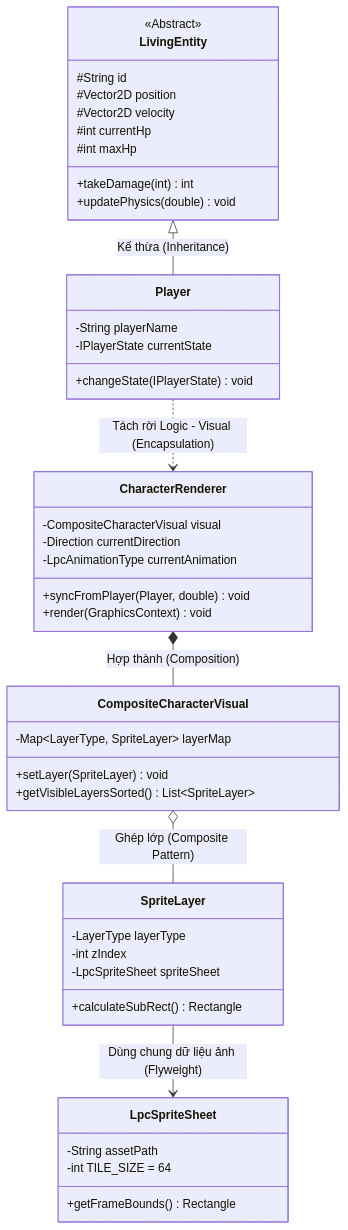
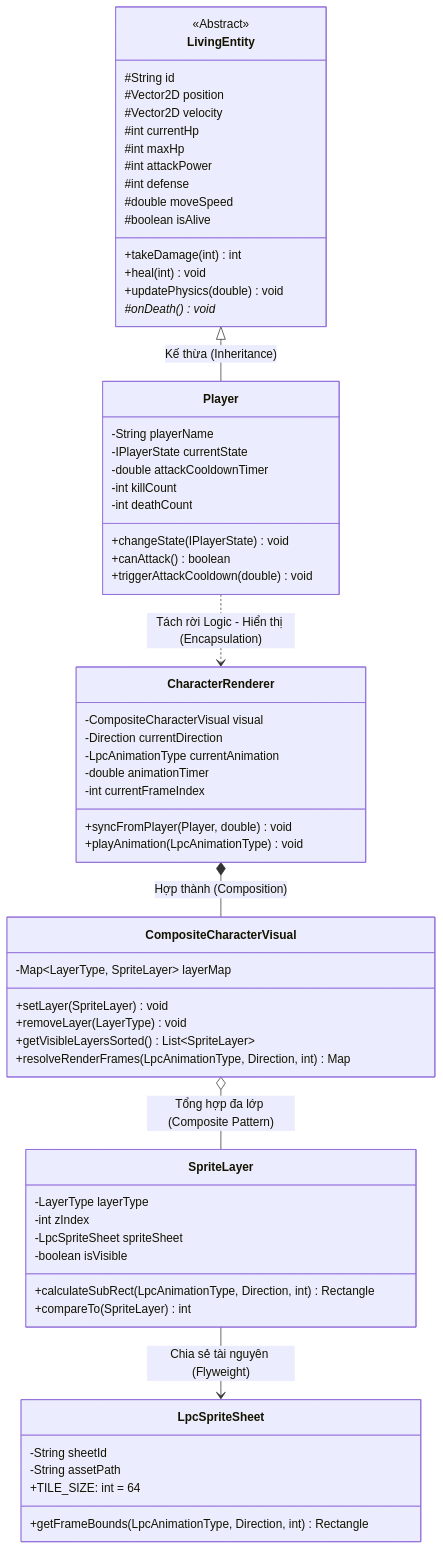
The third of 6 diagrams in Docs_BaoCao/BaoCao_ThietKe_NhanVat_OOP_LPC.md (Tran1209/UML-Patterns-Mastery), drawn with Mermaid before and after one commit. The commit also changed other lines of this file, not shown here.

Commit message:
docs(report): polish OOP LPC character design report, add SOLID/GRASP audit matrix, and remove Q&A section

````diff
--- a/Docs_BaoCao/BaoCao_ThietKe_NhanVat_OOP_LPC.md
+++ b/Docs_BaoCao/BaoCao_ThietKe_NhanVat_OOP_LPC.md
@@ -104,53 +191,71 @@
 ```mermaid
 classDiagram
     direction TB
     class LivingEntity {
         <<Abstract>>
         #String id
         #Vector2D position
         #Vector2D velocity
         #int currentHp
         #int maxHp
+        #int attackPower
+        #int defense
+        #double moveSpeed
+        #boolean isAlive
         +takeDamage(int) int
+        +heal(int) void
         +updatePhysics(double) void
+        #onDeath()* void
     }
 
     class Player {
         -String playerName
         -IPlayerState currentState
+        -double attackCooldownTimer
+        -int killCount
+        -int deathCount
         +changeState(IPlayerState) void
+        +canAttack() boolean
+        +triggerAttackCooldown(double) void
     }
 
     class CharacterRenderer {
         -CompositeCharacterVisual visual
         -Direction currentDirection
         -LpcAnimationType currentAnimation
+        -double animationTimer
+        -int currentFrameIndex
         +syncFromPlayer(Player, double) void
-        +render(GraphicsContext) void
+        +playAnimation(LpcAnimationType) void
     }
 
     class CompositeCharacterVisual {
         -Map~LayerType, SpriteLayer~ layerMap
         +setLayer(SpriteLayer) void
+        +removeLayer(LayerType) void
         +getVisibleLayersSorted() List~SpriteLayer~
+        +resolveRenderFrames(LpcAnimationType, Direction, int) Map
     }
 
     class SpriteLayer {
         -LayerType layerType
         -int zIndex
         -LpcSpriteSheet spriteSheet
-        +calculateSubRect() Rectangle
+        -boolean isVisible
+        +calculateSubRect(LpcAnimationType, Direction, int) Rectangle
+        +compareTo(SpriteLayer) int
     }
 
     class LpcSpriteSheet {
+        -String sheetId
         -String assetPath
-        -int TILE_SIZE = 64
-        +getFrameBounds() Rectangle
+        +TILE_SIZE: int = 64
+        +getFrameBounds(LpcAnimationType, Direction, int) Rectangle
     }
 
     LivingEntity <|-- Player : Kế thừa (Inheritance)
-    Player ..> CharacterRenderer : Tách rời Logic - Visual (Encapsulation)
+    Player ..> CharacterRenderer : Tách rời Logic - Hiển thị (Encapsulation)
     CharacterRenderer *-- CompositeCharacterVisual : Hợp thành (Composition)
-    CompositeCharacterVisual o-- SpriteLayer : Ghép lớp (Composite Pattern)
-    SpriteLayer --> LpcSpriteSheet : Dùng chung dữ liệu ảnh (Flyweight)
+    CompositeCharacterVisual o-- SpriteLayer : Tổng hợp đa lớp (Composite Pattern)
+    SpriteLayer --> LpcSpriteSheet : Chia sẻ tài nguyên (Flyweight)
 ```
````
